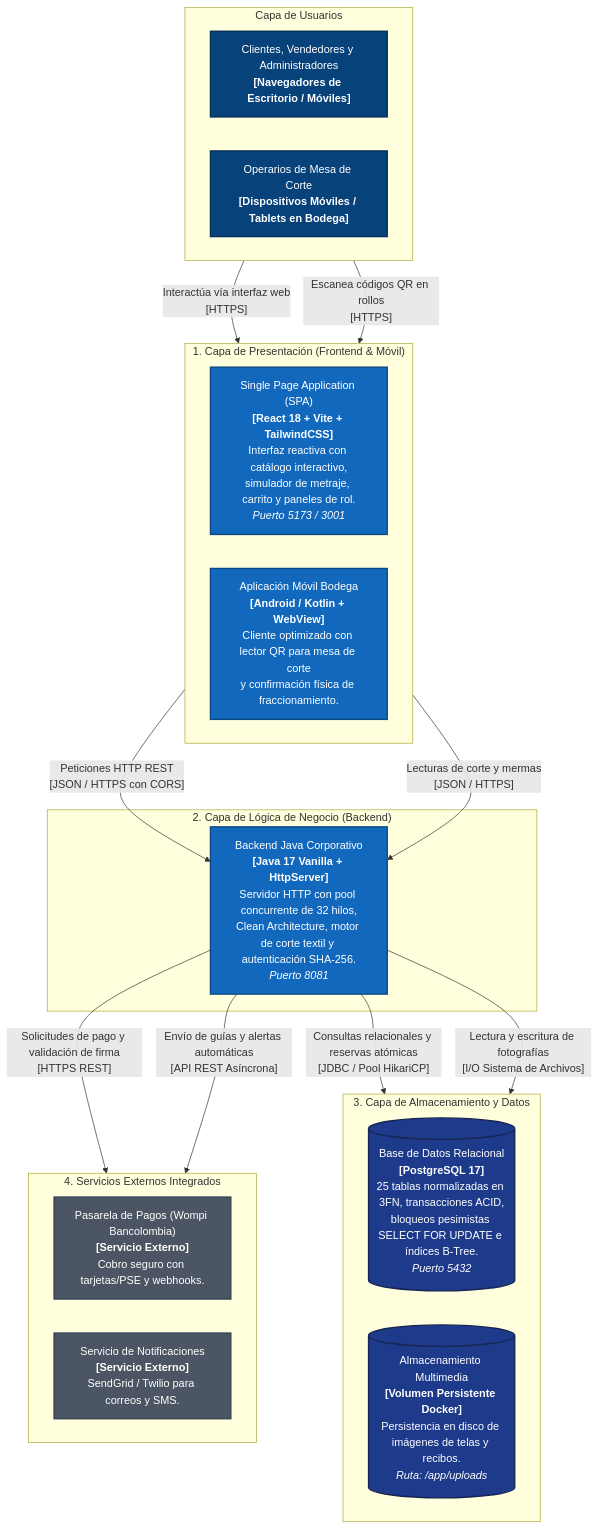
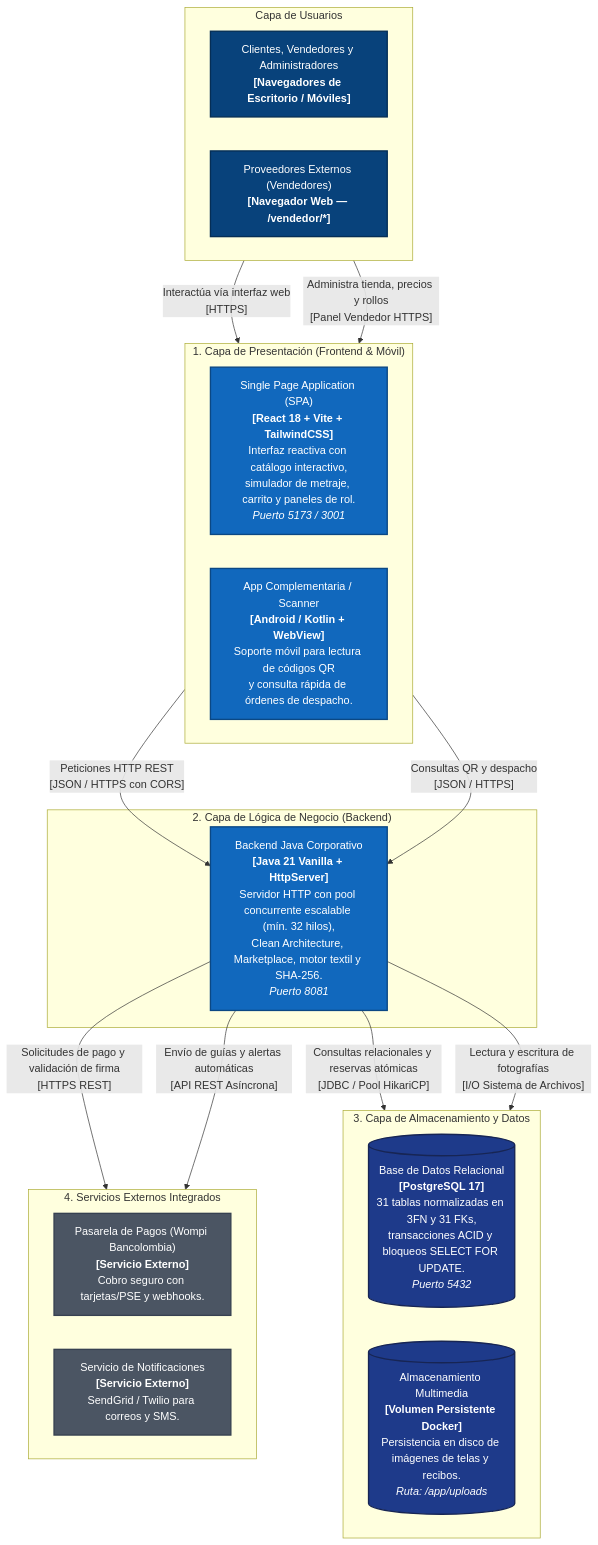
The second of 7 diagrams in documentacion/02-arquitectura-software-c4-y-backend.md (Jhonmoreno000/PROYECTO-SENA-TIENDA-TEXTIL-), drawn with Mermaid before and after one commit. The commit also changed other lines of this file and 2 other files, not shown here.

Commit message:
docs(arquitectura): actualizar C4 backend Java 21, frontend 58 rutas y teoria del color

````diff
--- a/documentacion/02-arquitectura-software-c4-y-backend.md
+++ b/documentacion/02-arquitectura-software-c4-y-backend.md
@@ -147,47 +171,47 @@
 ```mermaid
 flowchart TD
     classDef actorStyle fill:#08427B,stroke:#052e56,stroke-width:2px,color:#ffffff,font-family:sans-serif;
     classDef containerStyle fill:#1168BD,stroke:#0b4884,stroke-width:2px,color:#ffffff,font-family:sans-serif;
     classDef dbStyle fill:#1e3a8a,stroke:#172554,stroke-width:2px,color:#ffffff,font-family:sans-serif;
     classDef extStyle fill:#4B5563,stroke:#374151,stroke-width:2px,color:#ffffff,font-family:sans-serif;
 
     subgraph Usuarios ["Capa de Usuarios"]
         direction LR
         userWeb["Clientes, Vendedores y Administradores<br/><b>[Navegadores de Escritorio / Móviles]</b>"]:::actorStyle
-        userBodega["Operarios de Mesa de Corte<br/><b>[Dispositivos Móviles / Tablets en Bodega]</b>"]:::actorStyle
+        userBodega["Proveedores Externos (Vendedores)<br/><b>[Navegador Web — /vendedor/*]</b>"]:::actorStyle
     end
 
     subgraph CapaPresentacion ["1. Capa de Presentación (Frontend & Móvil)"]
         direction LR
         frontendWeb["Single Page Application (SPA)<br/><b>[React 18 + Vite + TailwindCSS]</b><br/>Interfaz reactiva con catálogo interactivo,<br/>simulador de metraje, carrito y paneles de rol.<br/><i>Puerto 5173 / 3001</i>"]:::containerStyle
-        appMovil["Aplicación Móvil Bodega<br/><b>[Android / Kotlin + WebView]</b><br/>Cliente optimizado con lector QR para mesa de corte<br/>y confirmación física de fraccionamiento."]:::containerStyle
+        appMovil["App Complementaria / Scanner<br/><b>[Android / Kotlin + WebView]</b><br/>Soporte móvil para lectura de códigos QR<br/>y consulta rápida de órdenes de despacho."]:::containerStyle
     end
 
     subgraph CapaLogica ["2. Capa de Lógica de Negocio (Backend)"]
-        backendApi["Backend Java Corporativo<br/><b>[Java 17 Vanilla + HttpServer]</b><br/>Servidor HTTP con pool concurrente de 32 hilos,<br/>Clean Architecture, motor de corte textil y autenticación SHA-256.<br/><i>Puerto 8081</i>"]:::containerStyle
+        backendApi["Backend Java Corporativo<br/><b>[Java 21 Vanilla + HttpServer]</b><br/>Servidor HTTP con pool concurrente escalable (mín. 32 hilos),<br/>Clean Architecture, Marketplace, motor textil y SHA-256.<br/><i>Puerto 8081</i>"]:::containerStyle
     end
 
     subgraph CapaPersistencia ["3. Capa de Almacenamiento y Datos"]
         direction LR
-        postgresDb[("Base de Datos Relacional<br/><b>[PostgreSQL 17]</b><br/>25 tablas normalizadas en 3FN, transacciones ACID,<br/>bloqueos pesimistas SELECT FOR UPDATE e índices B-Tree.<br/><i>Puerto 5432</i>")]:::dbStyle
+        postgresDb[("Base de Datos Relacional<br/><b>[PostgreSQL 17]</b><br/>31 tablas normalizadas en 3FN y 31 FKs,<br/>transacciones ACID y bloqueos SELECT FOR UPDATE.<br/><i>Puerto 5432</i>")]:::dbStyle
         volumenUploads[("Almacenamiento Multimedia<br/><b>[Volumen Persistente Docker]</b><br/>Persistencia en disco de imágenes de telas y recibos.<br/><i>Ruta: /app/uploads</i>")]:::dbStyle
     end
 
     subgraph CapaIntegraciones ["4. Servicios Externos Integrados"]
         direction LR
         pasarelaWompi["Pasarela de Pagos (Wompi Bancolombia)<br/><b>[Servicio Externo]</b><br/>Cobro seguro con tarjetas/PSE y webhooks."]:::extStyle
         notificaciones["Servicio de Notificaciones<br/><b>[Servicio Externo]</b><br/>SendGrid / Twilio para correos y SMS."]:::extStyle
     end
 
     userWeb -->|"Interactúa vía interfaz web<br/>[HTTPS]"| frontendWeb
-    userBodega -->|"Escanea códigos QR en rollos<br/>[HTTPS]"| appMovil
+    userBodega -->|"Administra tienda, precios y rollos<br/>[Panel Vendedor HTTPS]"| frontendWeb
 
     frontendWeb -->|"Peticiones HTTP REST<br/>[JSON / HTTPS con CORS]"| backendApi
-    appMovil -->|"Lecturas de corte y mermas<br/>[JSON / HTTPS]"| backendApi
+    appMovil -->|"Consultas QR y despacho<br/>[JSON / HTTPS]"| backendApi
 
     backendApi -->|"Consultas relacionales y reservas atómicas<br/>[JDBC / Pool HikariCP]"| postgresDb
     backendApi -->|"Lectura y escritura de fotografías<br/>[I/O Sistema de Archivos]"| volumenUploads
 
     backendApi -->|"Solicitudes de pago y validación de firma<br/>[HTTPS REST]"| pasarelaWompi
     backendApi -->|"Envío de guías y alertas automáticas<br/>[API REST Asíncrona]"| notificaciones
 ```
````
